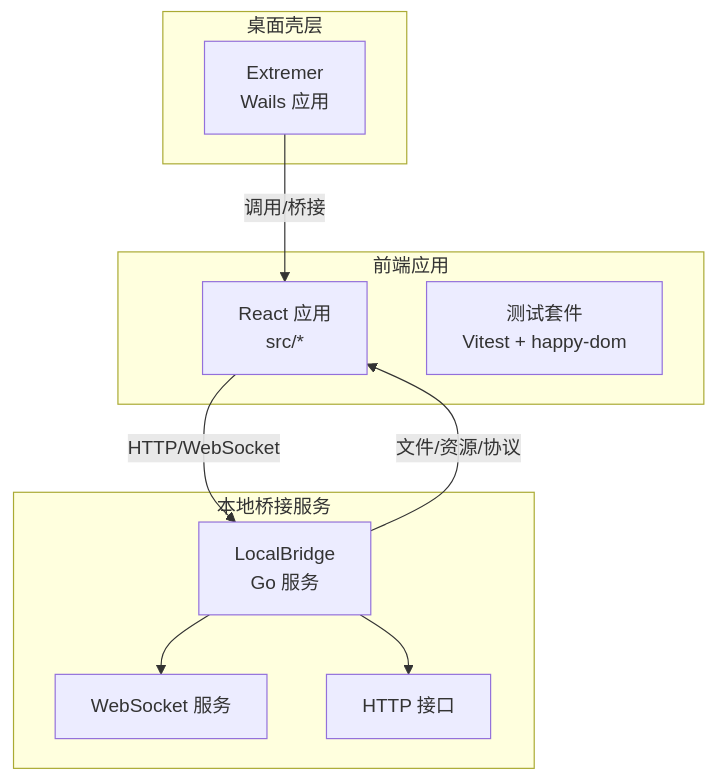
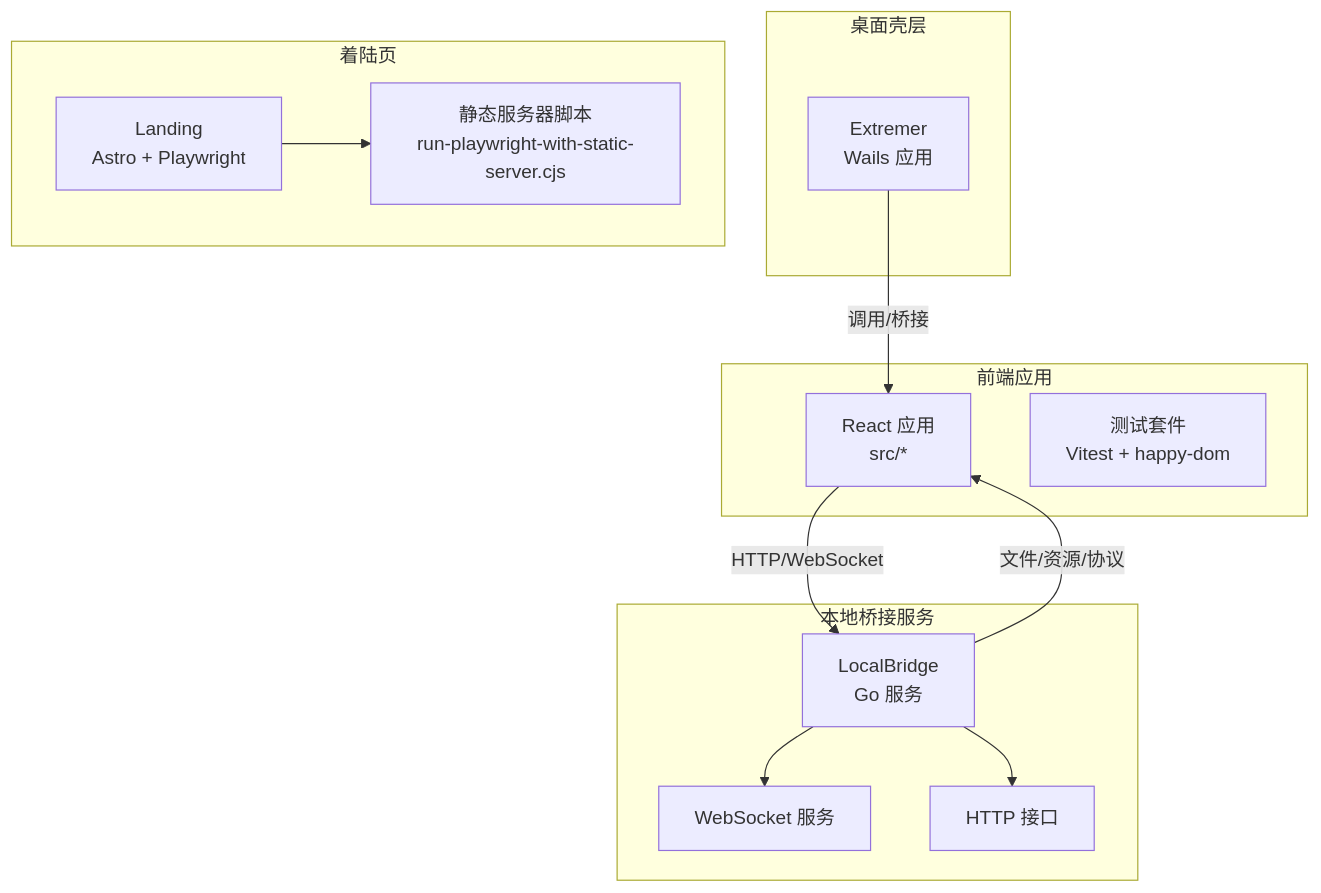
The first of 7 diagrams in .qoder/repowiki/zh/content/开发者指南/测试策略/测试策略.md (kqcoxn/MaaPipelineEditor), drawn with Mermaid before and after one commit. The commit also changed other lines of this file and 8 other files, not shown here.

````diff
--- a/.qoder/repowiki/zh/content/开发者指南/测试策略/测试策略.md
+++ b/.qoder/repowiki/zh/content/开发者指南/测试策略/测试策略.md
@@ -37,20 +53,25 @@
 ```mermaid
 graph TB
 subgraph "前端应用"
 FE["React 应用<br/>src/*"]
 TestsFE["测试套件<br/>Vitest + happy-dom"]
 end
 subgraph "本地桥接服务"
 LB["LocalBridge<br/>Go 服务"]
 WS["WebSocket 服务"]
 HTTP["HTTP 接口"]
 end
 subgraph "桌面壳层"
 EX["Extremer<br/>Wails 应用"]
 end
+subgraph "着陆页"
+LAND["Landing<br/>Astro + Playwright"]
+Static["静态服务器脚本<br/>run-playwright-with-static-server.cjs"]
+end
 FE --> |"HTTP/WebSocket"| LB
 EX --> |"调用/桥接"| FE
 LB --> |"文件/资源/协议"| FE
 LB --> WS
 LB --> HTTP
+LAND --> Static
 ```
````
